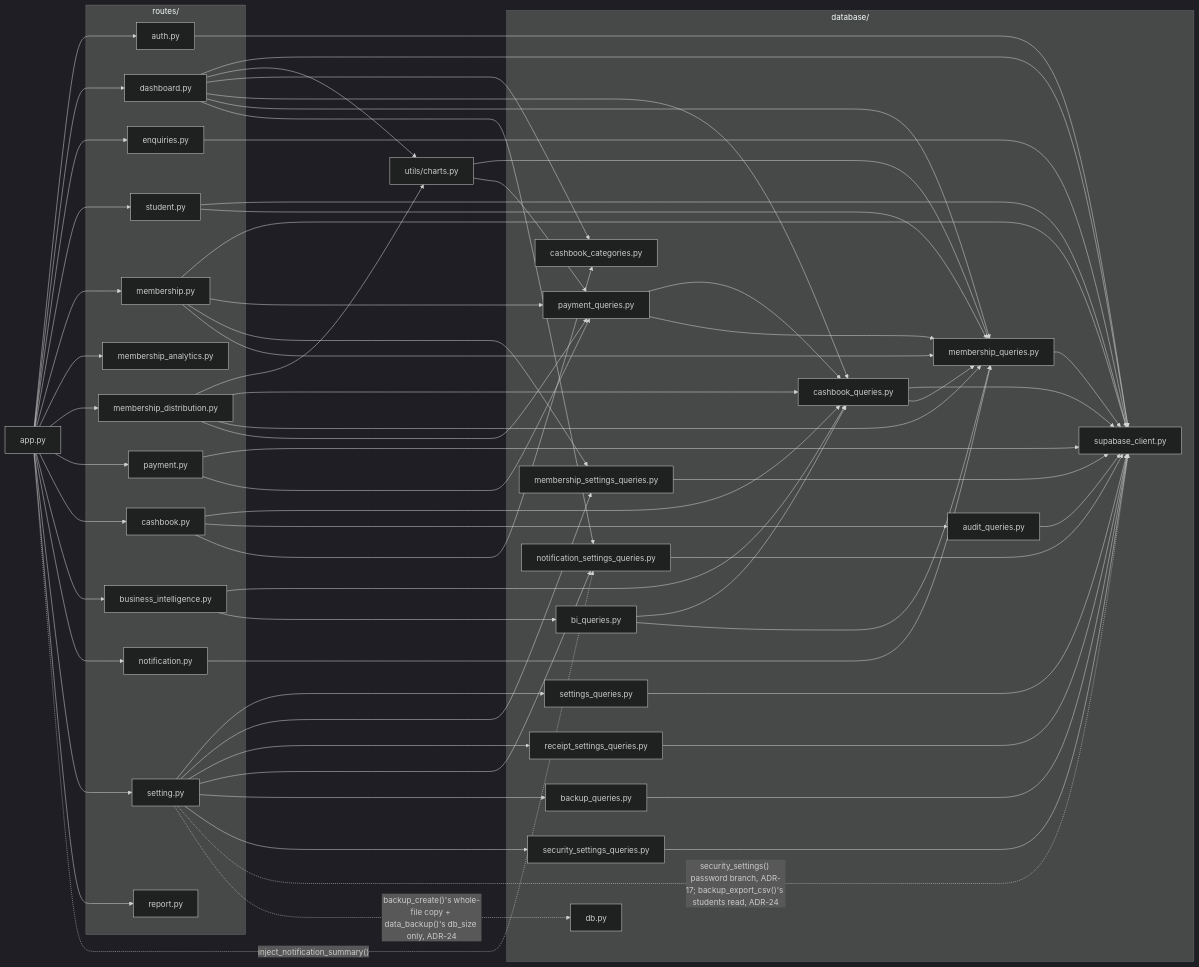
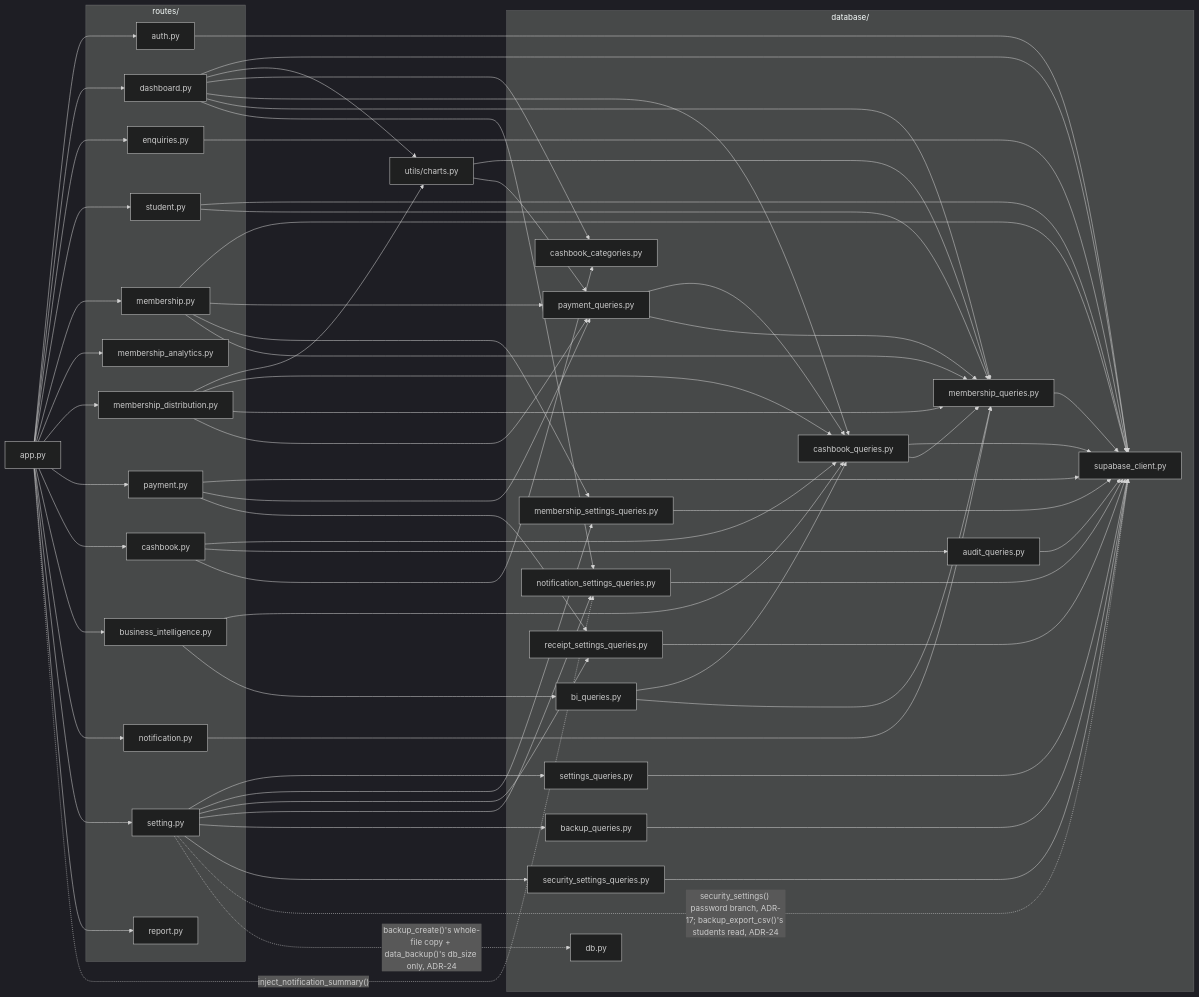
One commit to saloni-keshore/smart-library-management-system changed the fifth of 5 diagrams in docs/DIAGRAMS.md. Above: the diagram before and after it, drawn with Mermaid (dark theme). The commit also changed other lines of this file and 22 other files, not shown here.

```diff
--- a/docs/DIAGRAMS.md
+++ b/docs/DIAGRAMS.md
@@ -362,6 +366,7 @@
     membership_distribution_py --> payment_queries_py
     payment_py --> supabase_client_py
     payment_py --> payment_queries_py
+    payment_py --> receipt_settings_queries_py
     payment_queries_py --> cashbook_queries_py
     payment_queries_py --> membership_queries_py
     cashbook_py --> cashbook_queries_py
```
